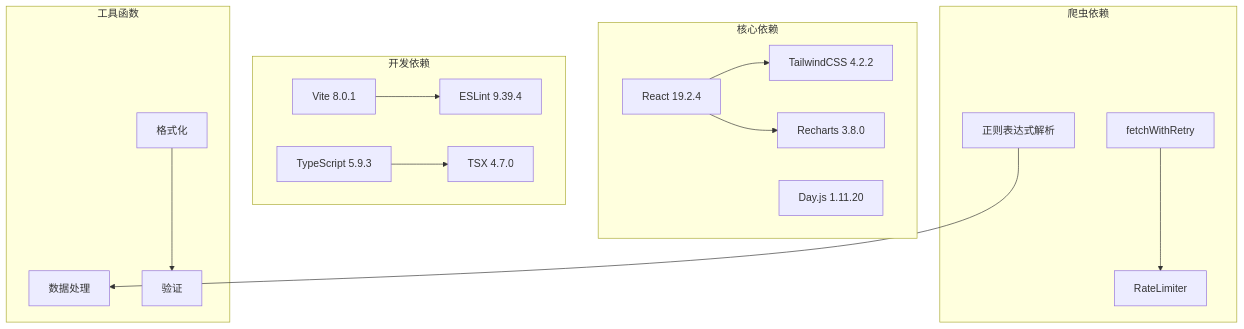
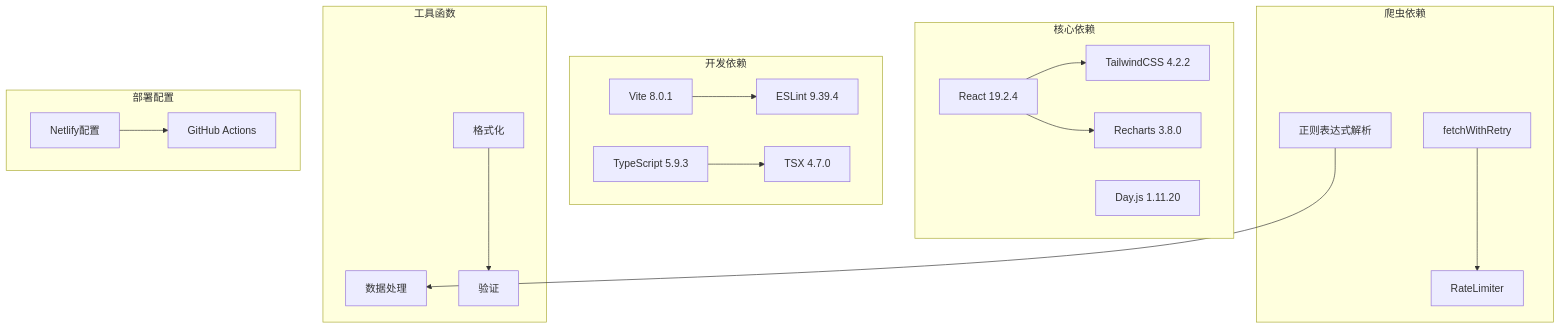
One commit to liangxuanliang-cmd/carbon-info-agent changed diagram 12 of 12 in .qoder/repowiki/zh/content/部署与维护/自动化每日报告系统.md. Above: the diagram before and after it, drawn with Mermaid. The commit also changed other lines of this file and 4 other files, not shown here.

````diff
--- a/.qoder/repowiki/zh/content/部署与维护/自动化每日报告系统.md
+++ b/.qoder/repowiki/zh/content/部署与维护/自动化每日报告系统.md
@@ -446,32 +494,37 @@
 ```mermaid
 graph TD
 subgraph "核心依赖"
 A[React 19.2.4]
 B[Day.js 1.11.20]
 C[TailwindCSS 4.2.2]
 D[Recharts 3.8.0]
 end
 subgraph "开发依赖"
 E[Vite 8.0.1]
 F[TypeScript 5.9.3]
 G[ESLint 9.39.4]
 H[TSX 4.7.0]
 end
 subgraph "爬虫依赖"
 I[fetchWithRetry]
 J[RateLimiter]
 K[正则表达式解析]
 end
 subgraph "工具函数"
 L[数据处理]
 M[格式化]
 N[验证]
 end
+subgraph "部署配置"
+O[Netlify配置]
+P[GitHub Actions]
+end
 A --> C
 A --> D
 E --> G
 F --> H
 I --> J
 K --> L
 M --> N
+O --> P
 ```
````
